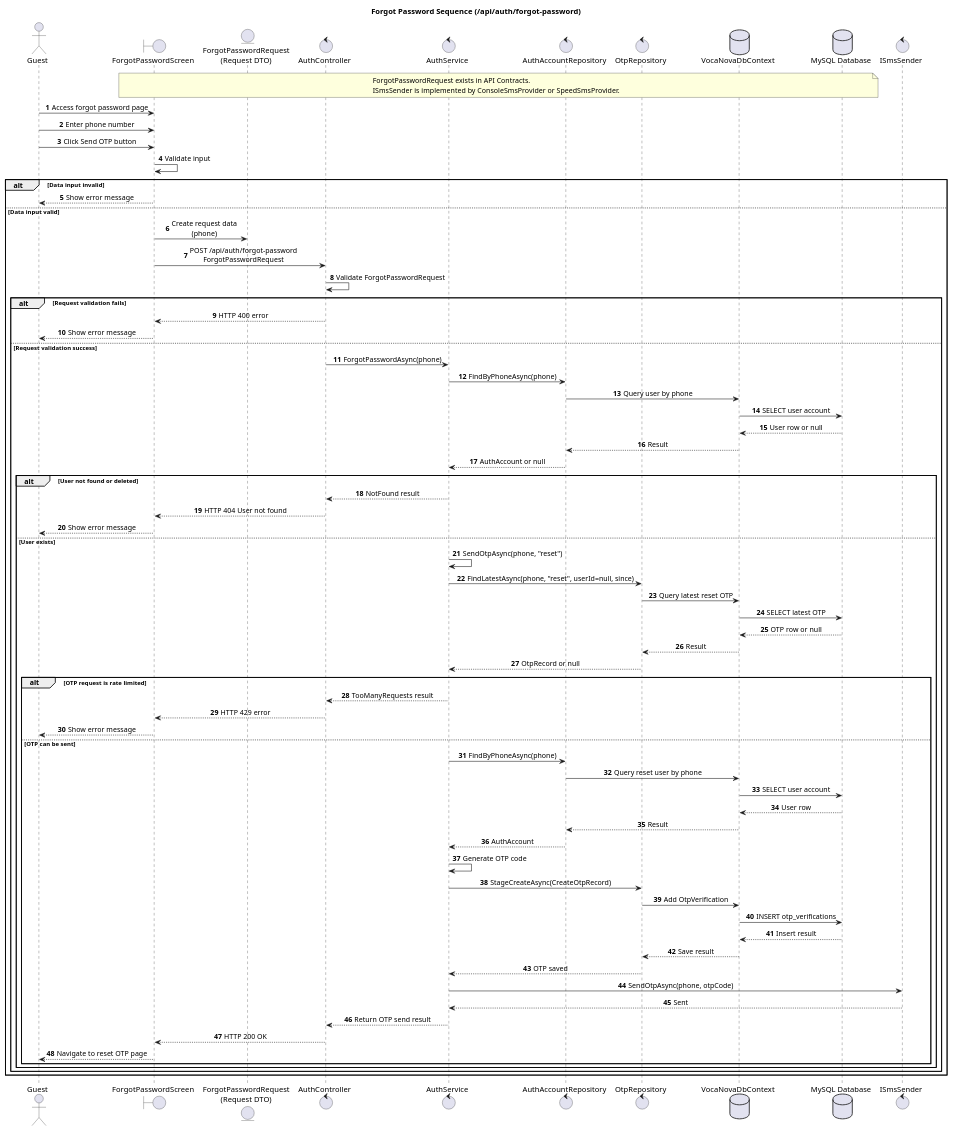
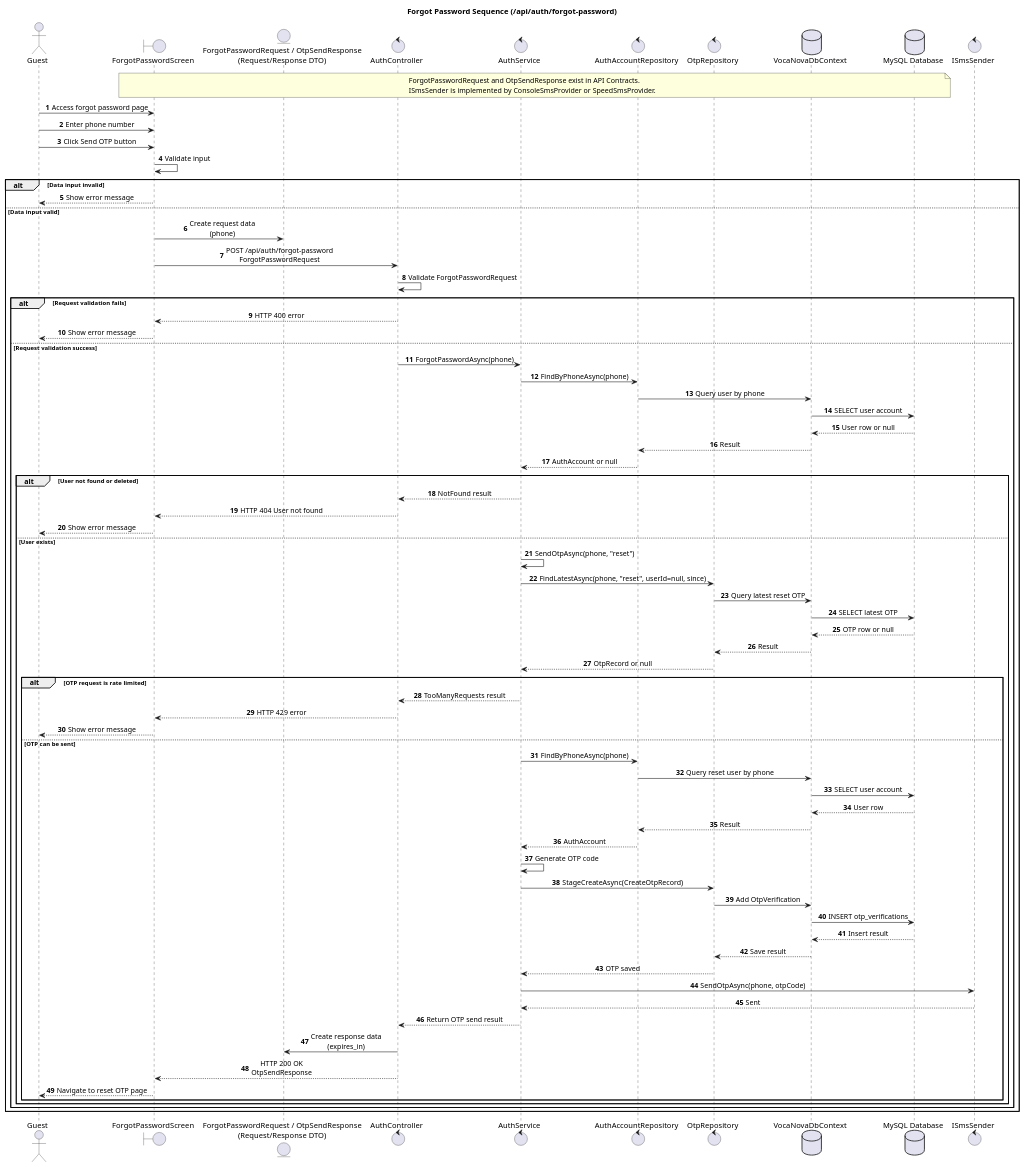
The diagram in docs/diagrams/auth-forgot-password-sequence.puml (thisIsCenx04/VocaNova), drawn with PlantUML before and after one commit. The commit also changed 5 other files, not shown here.

Commit message:
fix/DTO-sequences

```diff
--- a/docs/diagrams/auth-forgot-password-sequence.puml
+++ b/docs/diagrams/auth-forgot-password-sequence.puml
@@ -1,91 +1,92 @@
 @startuml
 title Forgot Password Sequence (/api/auth/forgot-password)
 
 autonumber
 skinparam responseMessageBelowArrow true
 skinparam sequenceMessageAlign center
 
 actor Guest
 boundary "ForgotPasswordScreen" as ForgotPasswordScreen
-entity "ForgotPasswordRequest\n(Request DTO)" as ForgotPasswordRequest
+entity "ForgotPasswordRequest / OtpSendResponse\n(Request/Response DTO)" as ForgotPasswordDto
 control "AuthController" as AuthController
 control "AuthService" as AuthService
 control "AuthAccountRepository" as AuthAccountRepository
 control "OtpRepository" as OtpRepository
 database "VocaNovaDbContext" as DbContext
 database "MySQL Database" as MySQL
 control "ISmsSender" as SmsSender
 
 note over ForgotPasswordScreen, MySQL
-ForgotPasswordRequest exists in API Contracts.
+ForgotPasswordRequest and OtpSendResponse exist in API Contracts.
 ISmsSender is implemented by ConsoleSmsProvider or SpeedSmsProvider.
 end note
 
 Guest -> ForgotPasswordScreen: Access forgot password page
 Guest -> ForgotPasswordScreen: Enter phone number
 Guest -> ForgotPasswordScreen: Click Send OTP button
 ForgotPasswordScreen -> ForgotPasswordScreen: Validate input
 
 alt Data input invalid
     ForgotPasswordScreen --> Guest: Show error message
 else Data input valid
-    ForgotPasswordScreen -> ForgotPasswordRequest: Create request data\n(phone)
+    ForgotPasswordScreen -> ForgotPasswordDto: Create request data\n(phone)
     ForgotPasswordScreen -> AuthController: POST /api/auth/forgot-password\nForgotPasswordRequest
     AuthController -> AuthController: Validate ForgotPasswordRequest
 
     alt Request validation fails
         AuthController --> ForgotPasswordScreen: HTTP 400 error
         ForgotPasswordScreen --> Guest: Show error message
     else Request validation success
         AuthController -> AuthService: ForgotPasswordAsync(phone)
         AuthService -> AuthAccountRepository: FindByPhoneAsync(phone)
         AuthAccountRepository -> DbContext: Query user by phone
         DbContext -> MySQL: SELECT user account
         MySQL --> DbContext: User row or null
         DbContext --> AuthAccountRepository: Result
         AuthAccountRepository --> AuthService: AuthAccount or null
 
         alt User not found or deleted
             AuthService --> AuthController: NotFound result
             AuthController --> ForgotPasswordScreen: HTTP 404 User not found
             ForgotPasswordScreen --> Guest: Show error message
         else User exists
             AuthService -> AuthService: SendOtpAsync(phone, "reset")
             AuthService -> OtpRepository: FindLatestAsync(phone, "reset", userId=null, since)
             OtpRepository -> DbContext: Query latest reset OTP
             DbContext -> MySQL: SELECT latest OTP
             MySQL --> DbContext: OTP row or null
             DbContext --> OtpRepository: Result
             OtpRepository --> AuthService: OtpRecord or null
 
             alt OTP request is rate limited
                 AuthService --> AuthController: TooManyRequests result
                 AuthController --> ForgotPasswordScreen: HTTP 429 error
                 ForgotPasswordScreen --> Guest: Show error message
             else OTP can be sent
                 AuthService -> AuthAccountRepository: FindByPhoneAsync(phone)
                 AuthAccountRepository -> DbContext: Query reset user by phone
                 DbContext -> MySQL: SELECT user account
                 MySQL --> DbContext: User row
                 DbContext --> AuthAccountRepository: Result
                 AuthAccountRepository --> AuthService: AuthAccount
                 AuthService -> AuthService: Generate OTP code
                 AuthService -> OtpRepository: StageCreateAsync(CreateOtpRecord)
                 OtpRepository -> DbContext: Add OtpVerification
                 DbContext -> MySQL: INSERT otp_verifications
                 MySQL --> DbContext: Insert result
                 DbContext --> OtpRepository: Save result
                 OtpRepository --> AuthService: OTP saved
 
                 AuthService -> SmsSender: SendOtpAsync(phone, otpCode)
                 SmsSender --> AuthService: Sent
 
                 AuthService --> AuthController: Return OTP send result
-                AuthController --> ForgotPasswordScreen: HTTP 200 OK
+                AuthController -> ForgotPasswordDto: Create response data\n(expires_in)
+                AuthController --> ForgotPasswordScreen: HTTP 200 OK\nOtpSendResponse
                 ForgotPasswordScreen --> Guest: Navigate to reset OTP page
             end
         end
     end
 end
 
 @enduml
```
